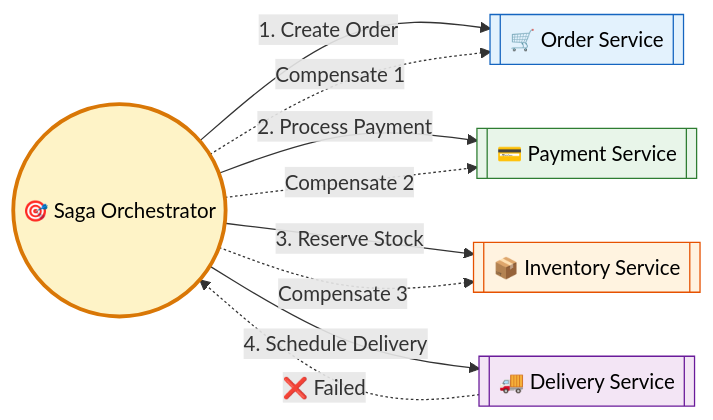
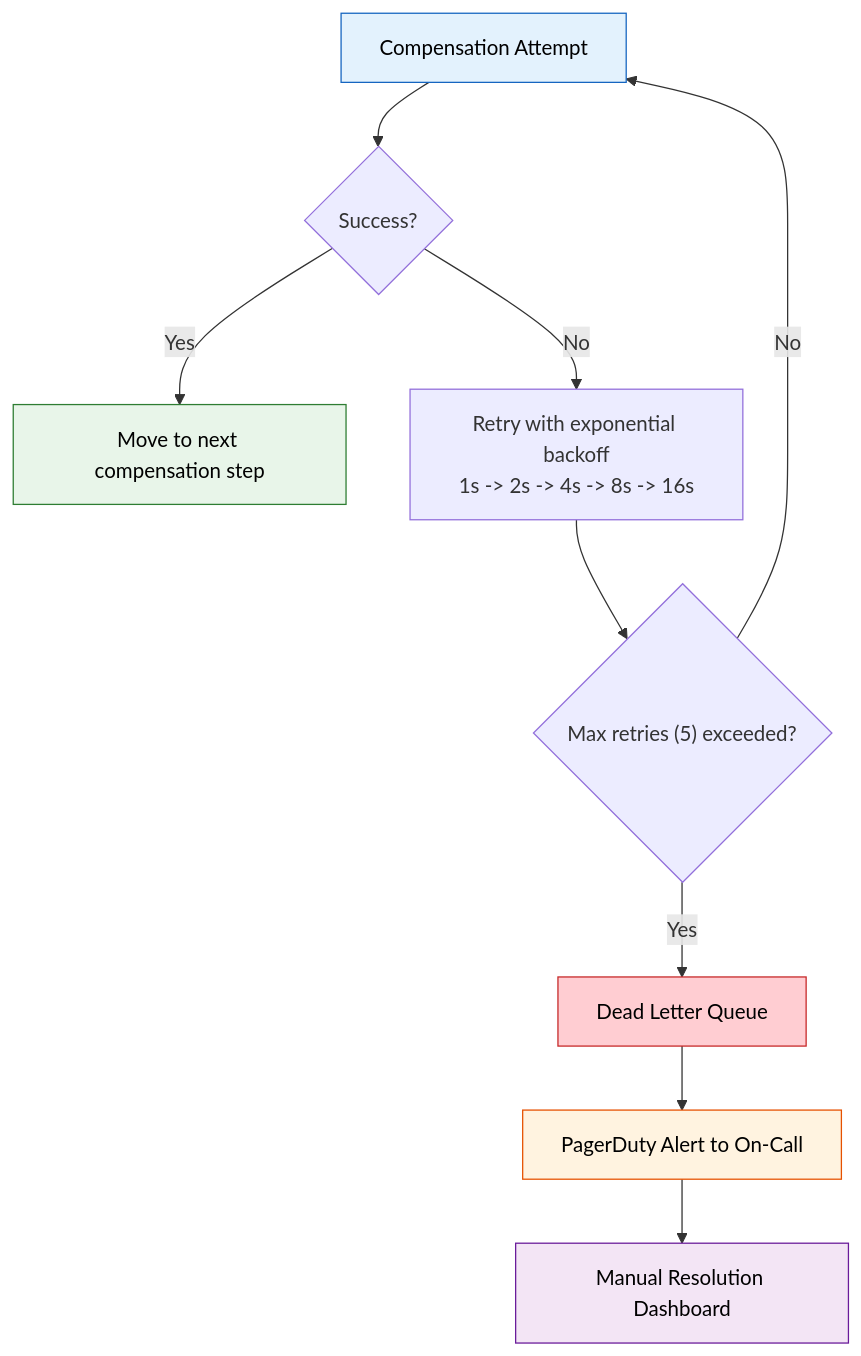
One commit to saivamsikaruturi/vamsilabs-dev-notes-main changed the fifth of 7 diagrams in docs/microservices/SagaDesignPattern.md. Above: the diagram before and after it, drawn with Mermaid. The commit also changed other lines of this file and 21 other files, not shown here.

````diff
--- a/docs/microservices/SagaDesignPattern.md
+++ b/docs/microservices/SagaDesignPattern.md
@@ -137,19 +826,17 @@
 ```mermaid
-flowchart LR
-    O(("🎯 Saga Orchestrator"))
-    O -->|"1. Create Order"| OS[["🛒 Order Service"]]
-    O -->|"2. Process Payment"| PS[["💳 Payment Service"]]
-    O -->|"3. Reserve Stock"| IS[["📦 Inventory Service"]]
-    O -->|"4. Schedule Delivery"| DS[["🚚 Delivery Service"]]
+flowchart TD
+    A["Compensation Attempt"] --> B{"Success?"}
+    B -->|Yes| C["Move to next compensation step"]
+    B -->|No| D["Retry with exponential backoff<br/>1s -> 2s -> 4s -> 8s -> 16s"]
+    D --> E{"Max retries (5) exceeded?"}
+    E -->|No| A
+    E -->|Yes| F["Dead Letter Queue"]
+    F --> G["PagerDuty Alert to On-Call"]
+    G --> H["Manual Resolution Dashboard"]
     
-    DS -.->|"❌ Failed"| O
-    O -.->|"Compensate 3"| IS
-    O -.->|"Compensate 2"| PS
-    O -.->|"Compensate 1"| OS
-
-    style O fill:#FEF3C7,stroke:#D97706,stroke-width:3px,color:#000
-    style OS fill:#E3F2FD,stroke:#1565C0,color:#000
-    style PS fill:#E8F5E9,stroke:#2E7D32,color:#000
-    style IS fill:#FFF3E0,stroke:#E65100,color:#000
-    style DS fill:#F3E5F5,stroke:#6A1B9A,color:#000
+    style A fill:#E3F2FD,stroke:#1565C0,color:#000
+    style C fill:#E8F5E9,stroke:#2E7D32,color:#000
+    style F fill:#FFCDD2,stroke:#C62828,color:#000
+    style G fill:#FFF3E0,stroke:#E65100,color:#000
+    style H fill:#F3E5F5,stroke:#6A1B9A,color:#000
 ```
````
